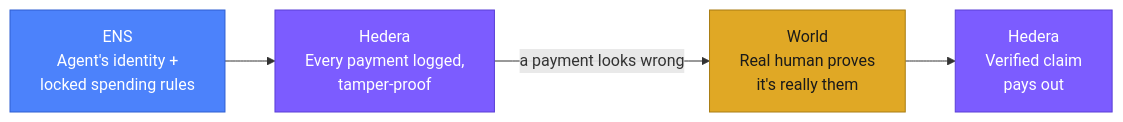
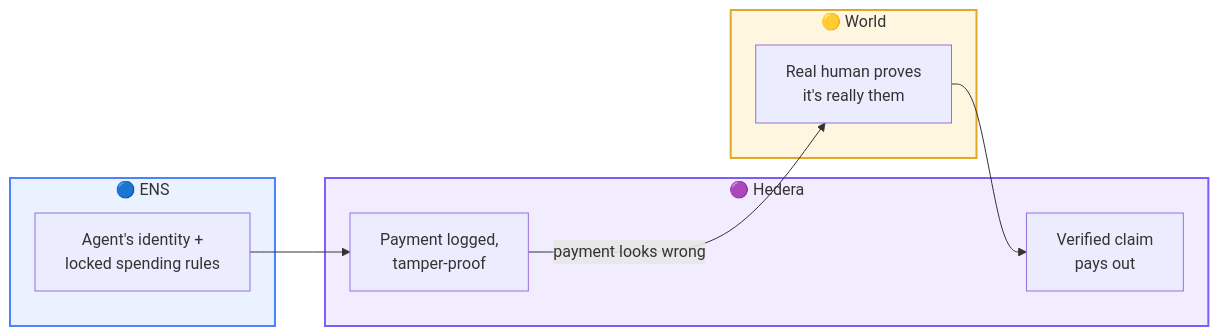
Before and after one commit to jianruan-io/agent-insure: the second of 4 diagrams in README.md, drawn with Mermaid. The commit also changed other lines of this file, not shown here.

````diff
--- a/README.md
+++ b/README.md
@@ -140,10 +140,23 @@
 ```mermaid
 flowchart LR
-    ENS["ENS<br/>Agent's identity +<br/>locked spending rules"]:::ens --> HCS["Hedera<br/>Every payment logged,<br/>tamper-proof"]:::hedera
-    HCS -->|"a payment looks wrong"| WORLD["World<br/>Real human proves<br/>it's really them"]:::world
-    WORLD --> PAYOUT["Hedera<br/>Verified claim<br/>pays out"]:::hedera
+    subgraph ENS_SG["🔵 ENS"]
+        SCOPE1["Agent's identity +<br/>locked spending rules"]
+    end
 
-    classDef hedera fill:#7c5cff,color:#fff,stroke:#5a3fd6,stroke-width:1px
-    classDef ens fill:#4c82fb,color:#fff,stroke:#2f5fd1,stroke-width:1px
-    classDef world fill:#e0a825,color:#1a1a1a,stroke:#a97d13,stroke-width:1px
+    subgraph HEDERA_SG["🟣 Hedera"]
+        LOG1["Payment logged,<br/>tamper-proof"]
+        PAYOUT1["Verified claim<br/>pays out"]
+    end
+
+    subgraph WORLD_SG["🟡 World"]
+        SELFIE1["Real human proves<br/>it's really them"]
+    end
+
+    SCOPE1 --> LOG1
+    LOG1 -->|"payment looks wrong"| SELFIE1
+    SELFIE1 --> PAYOUT1
+
+    style ENS_SG fill:#eaf1ff,stroke:#4c82fb,stroke-width:2px
+    style HEDERA_SG fill:#f1edff,stroke:#7c5cff,stroke-width:2px
+    style WORLD_SG fill:#fff6e0,stroke:#e0a825,stroke-width:2px
 ```
````
